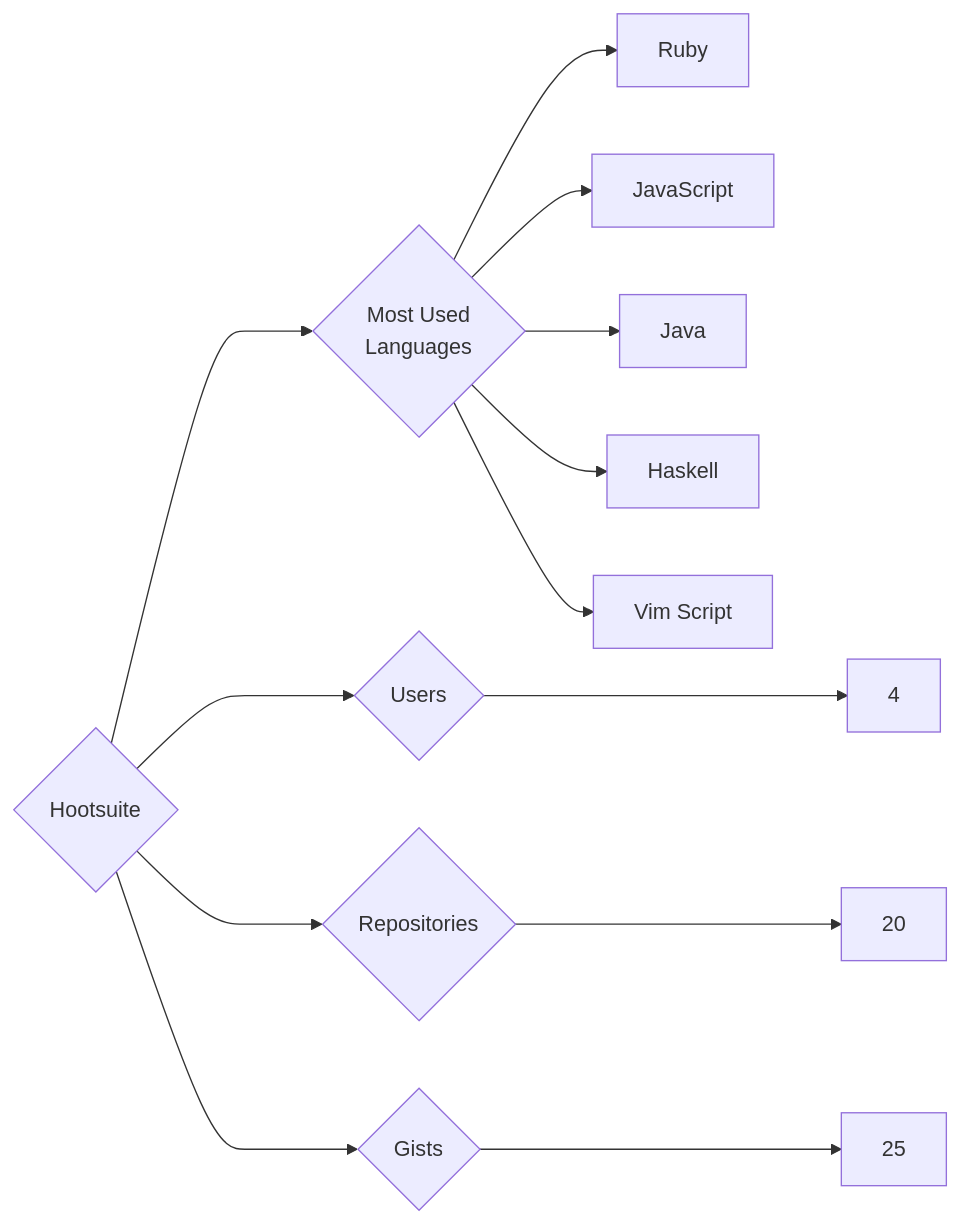
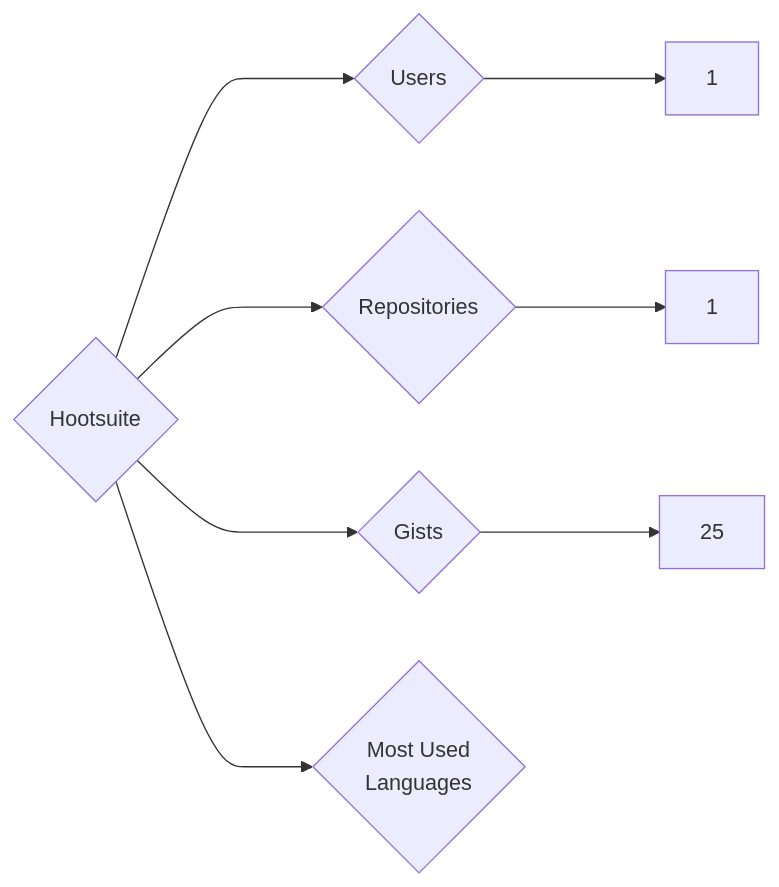
The diagram in targets/Hootsuite/README.md (trickest/insiders), drawn with Mermaid before and after one commit. The commit also changed 559 other files, not shown here.

````diff
--- a/targets/Hootsuite/README.md
+++ b/targets/Hootsuite/README.md
@@ -3,13 +3,8 @@
 ```mermaid
 graph LR
 COMPANY_NAME{Hootsuite}
-COMPANY_NAME ---> U{Users} ---> UN[4]
-COMPANY_NAME ---> R{Repositories} ---> RN[20]
+COMPANY_NAME ---> U{Users} ---> UN[1]
+COMPANY_NAME ---> R{Repositories} ---> RN[1]
 COMPANY_NAME ---> G{Gists} ---> GN[25]
 COMPANY_NAME ---> ML{Most Used<br>Languages}
-ML --> Ruby[Ruby]
-ML --> JavaScript[JavaScript]
-ML --> Java[Java]
-ML --> Haskell[Haskell]
-ML --> Vim_Script[Vim Script]
 ```
````
